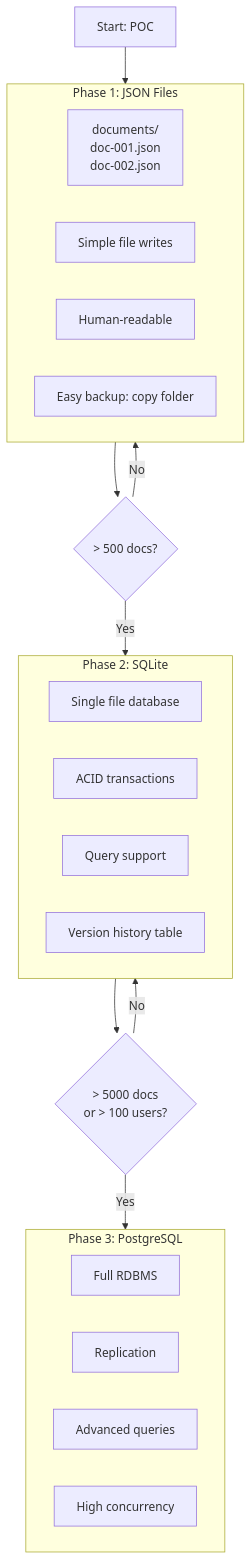
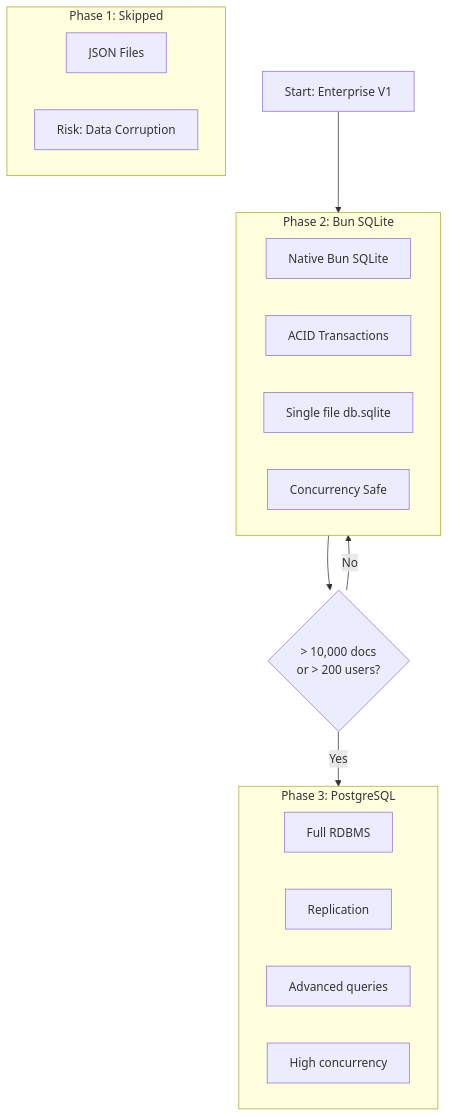
Diagram 12 of 29 in docs/01-design-and-approach.md (steeltroops-ai/smart-office), drawn with Mermaid before and after one commit. The commit also changed other lines of this file and 8 other files, not shown here.

Commit message:
feat: Upgrade to Enterprise V1 Architecture (SQLite, Locking, Auth)

````diff
--- a/docs/01-design-and-approach.md
+++ b/docs/01-design-and-approach.md
@@ -412,33 +413,27 @@
 ```mermaid
 graph TB
-    Start[Start: POC] --> Phase1
-    
-    subgraph Phase1["Phase 1: JSON Files"]
-        P1A[documents/<br/>doc-001.json<br/>doc-002.json]
-        P1B[Simple file writes]
-        P1C[Human-readable]
-        P1D[Easy backup: copy folder]
+    Start[Start: Enterprise V1] --> Phase2
+
+    subgraph Phase1["Phase 1: Skipped"]
+        P1A[JSON Files]
+        P1B[Risk: Data Corruption]
     end
-    
-    Phase1 --> Trigger1{> 500 docs?}
-    Trigger1 -->|Yes| Phase2
-    Trigger1 -->|No| Phase1
-    
-    subgraph Phase2["Phase 2: SQLite"]
-        P2A[Single file database]
-        P2B[ACID transactions]
-        P2C[Query support]
-        P2D[Version history table]
+
+    subgraph Phase2["Phase 2: Bun SQLite"]
+        P2A[Native Bun SQLite]
+        P2B[ACID Transactions]
+        P2C[Single file db.sqlite]
+        P2D[Concurrency Safe]
     end
-    
-    Phase2 --> Trigger2{> 5000 docs<br/>or > 100 users?}
+
+    Phase2 --> Trigger2{> 10,000 docs<br/>or > 200 users?}
     Trigger2 -->|Yes| Phase3
     Trigger2 -->|No| Phase2
-    
+
     subgraph Phase3["Phase 3: PostgreSQL"]
         P3A[Full RDBMS]
         P3B[Replication]
         P3C[Advanced queries]
         P3D[High concurrency]
     end
 ```
````
